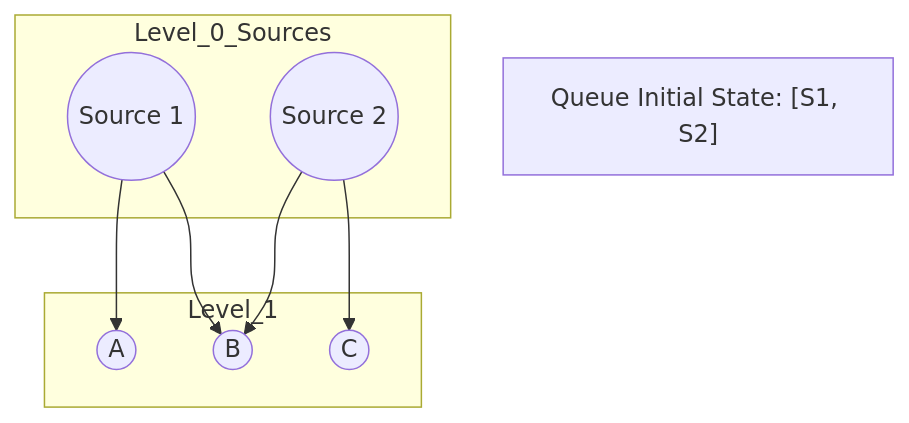
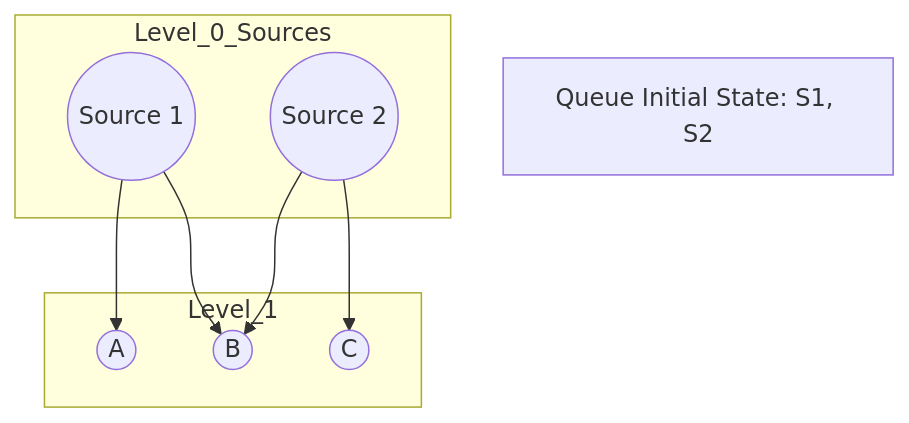
The second of 17 diagrams in notes/Graph.md (istaari/Leetcode), drawn with Mermaid before and after one commit. The commit also changed other lines of this file and 12 other files, not shown here.

````diff
--- a/notes/Graph.md
+++ b/notes/Graph.md
@@ -389,20 +389,20 @@
 ```mermaid
 graph TD
     subgraph Level_0_Sources
     S1((Source 1))
     S2((Source 2))
     end
 
     subgraph Level_1
     A((A))
     B((B))
     C((C))
     end
 
     S1 --> A
     S1 --> B
     S2 --> B
     S2 --> C
 
-    note["Queue Initial State: [S1, S2]"]
+    info["Queue Initial State: S1, S2"]
 ```
````
